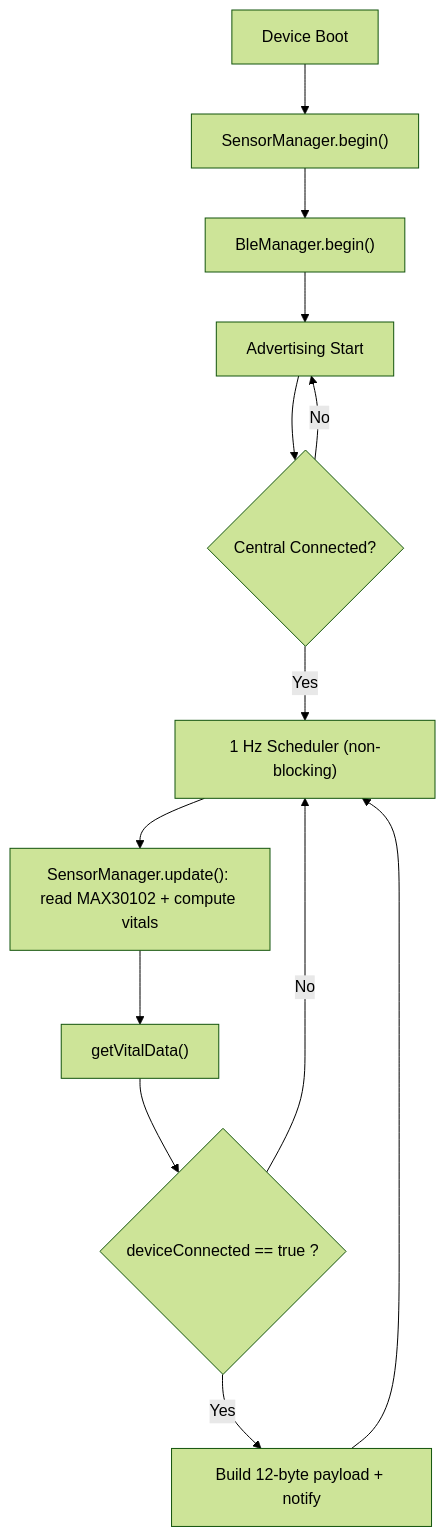
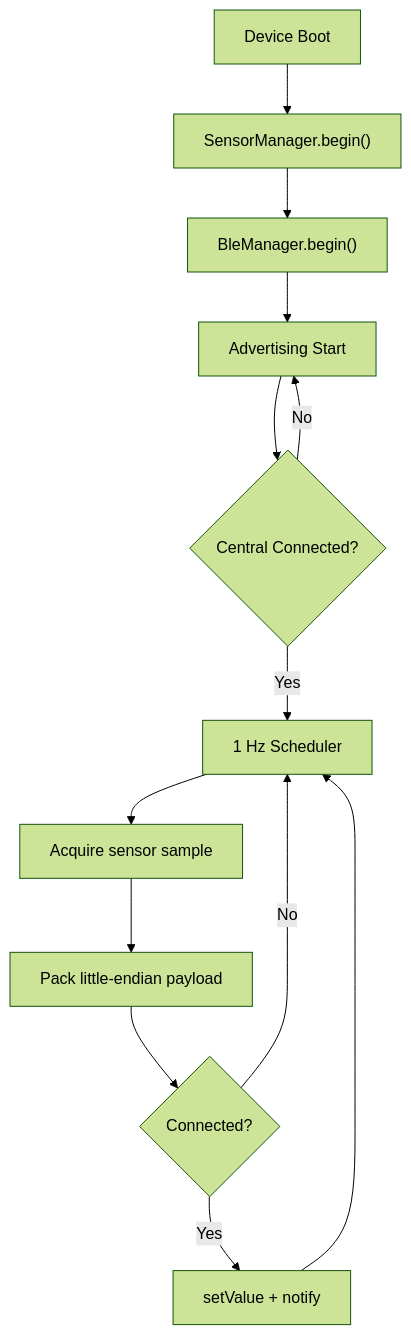
Before and after one commit to Frey210/Ergoquipt-TympanicHR: the second of 3 diagrams in README.md, drawn with Mermaid (forest theme). The commit also changed other lines of this file and 5 other files, not shown here.

````diff
--- a/README.md
+++ b/README.md
@@ -234,15 +315,15 @@
 ```mermaid
 flowchart TD
   A["Device Boot"] --> B["SensorManager.begin()"]
   B --> C["BleManager.begin()"]
   C --> D["Advertising Start"]
   D --> E{"Central Connected?"}
   E -- "No" --> D
-  E -- "Yes" --> F["1 Hz Scheduler (non-blocking)"]
-  F --> G["SensorManager.update(): read MAX30102 + compute vitals"]
-  G --> H["getVitalData()"]
-  H --> I{"deviceConnected == true ?"}
+  E -- "Yes" --> F["1 Hz Scheduler"]
+  F --> G["Acquire sensor sample"]
+  G --> H["Pack little-endian payload"]
+  H --> I{"Connected?"}
   I -- "No" --> F
-  I -- "Yes" --> J["Build 12-byte payload + notify"]
+  I -- "Yes" --> J["setValue + notify"]
   J --> F
 ```
````
